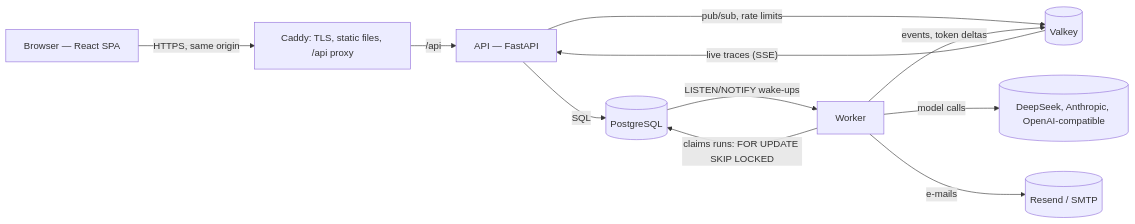
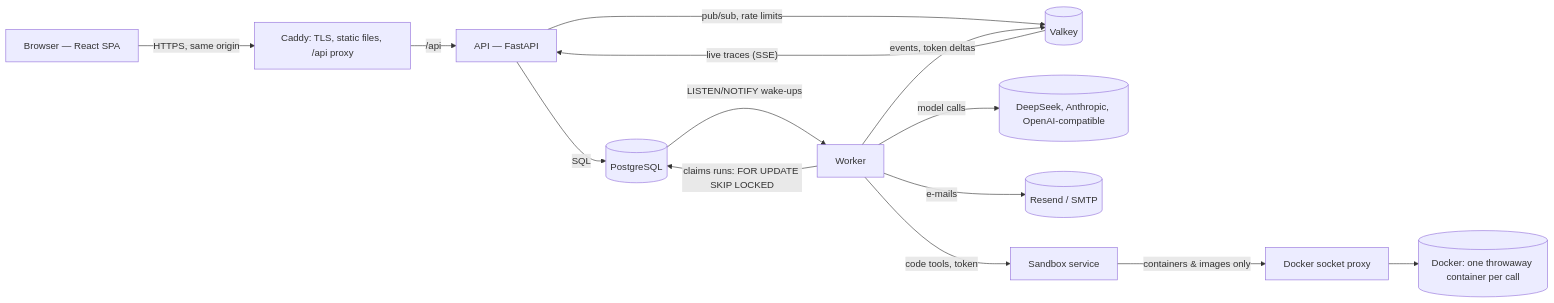
Before and after one commit to octavebahoun/gouvra: the diagram in docs/architecture.md, drawn with Mermaid. The commit also changed other lines of this file and 14 other files, not shown here.

First line of the commit message:
feat(sandbox): run code tools in throwaway, locked-down containers through a filtered Docker socket

````diff
--- a/docs/architecture.md
+++ b/docs/architecture.md
@@ -8,13 +8,16 @@
 ```mermaid
 flowchart LR
   browser[Browser — React SPA] -- HTTPS, same origin --> caddy[Caddy: TLS, static files, /api proxy]
   caddy -- /api --> api[API — FastAPI]
   api -- SQL --> pg[(PostgreSQL)]
   api -- pub/sub, rate limits --> valkey[(Valkey)]
   worker[Worker] -- claims runs: FOR UPDATE SKIP LOCKED --> pg
   pg -- LISTEN/NOTIFY wake-ups --> worker
   worker -- events, token deltas --> valkey
   valkey -- live traces (SSE) --> api
   worker -- model calls --> providers[(DeepSeek, Anthropic, OpenAI-compatible)]
   worker -- e-mails --> email[(Resend / SMTP)]
+  worker -- code tools, token --> sandbox[Sandbox service]
+  sandbox -- containers & images only --> proxy[Docker socket proxy]
+  proxy --> docker[(Docker: one throwaway container per call)]
 ```
````
